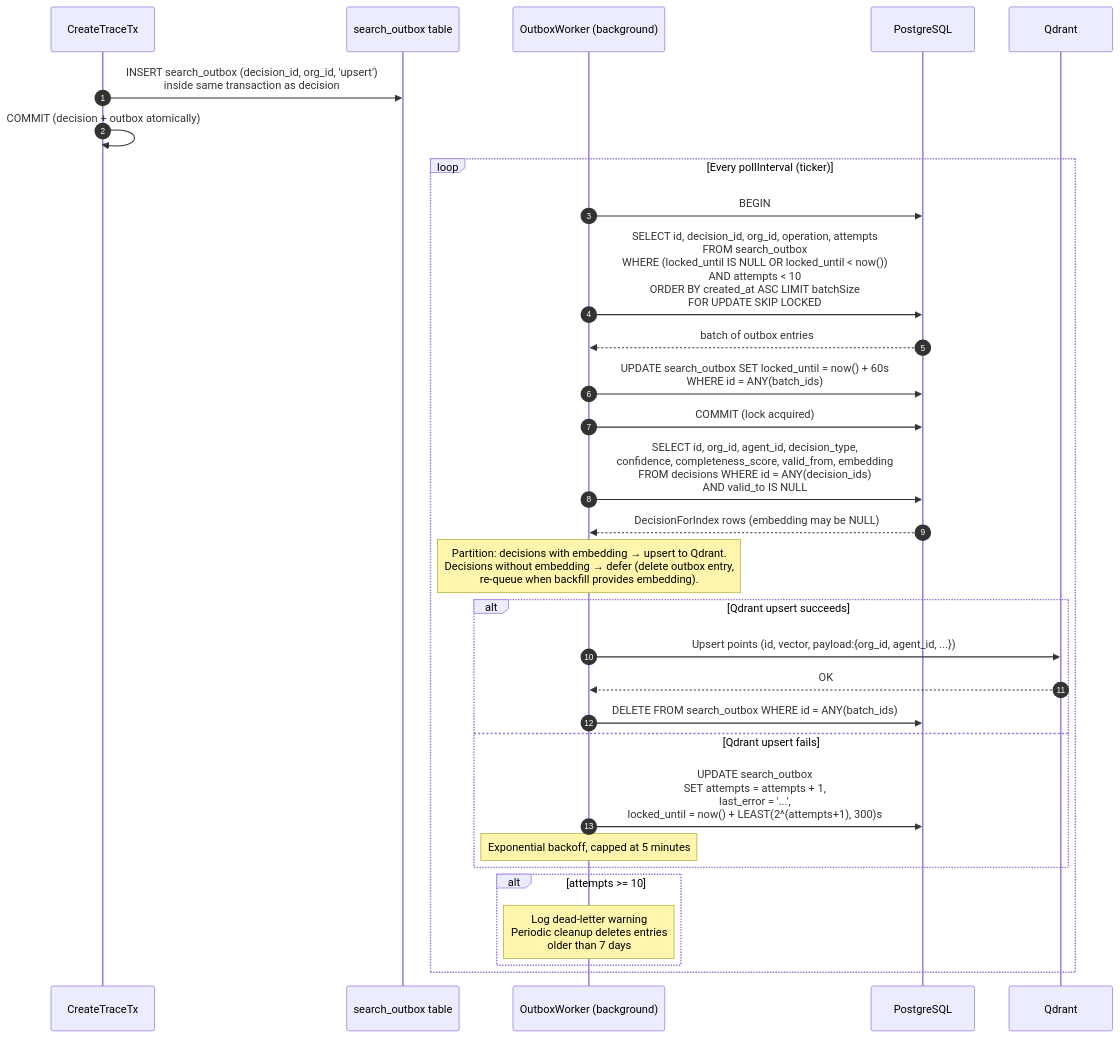
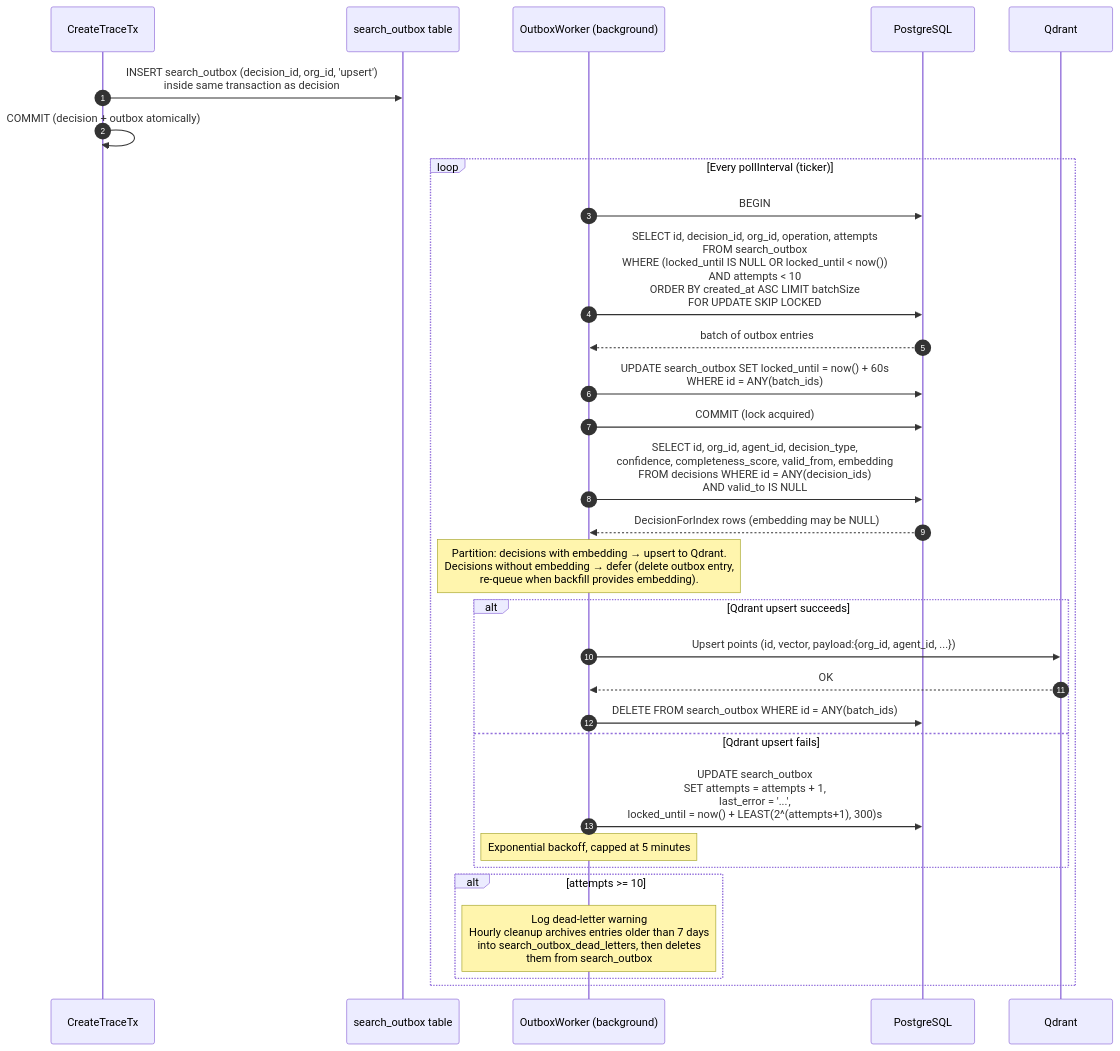
Before and after one commit to ashita-ai/akashi: the third of 6 diagrams in docs/diagrams.md, drawn with Mermaid. The commit also changed other lines of this file and 12 other files, not shown here.

````diff
--- a/docs/diagrams.md
+++ b/docs/diagrams.md
@@ -120,37 +147,37 @@
 ```mermaid
 sequenceDiagram
     autonumber
     participant TX as CreateTraceTx
     participant OB as search_outbox table
     participant W as OutboxWorker (background)
     participant PG as PostgreSQL
     participant QD as Qdrant
 
     TX->>OB: INSERT search_outbox (decision_id, org_id, 'upsert')<br/>inside same transaction as decision
     TX->>TX: COMMIT (decision + outbox atomically)
 
     loop Every pollInterval (ticker)
         W->>PG: BEGIN
         W->>PG: SELECT id, decision_id, org_id, operation, attempts<br/>FROM search_outbox<br/>WHERE (locked_until IS NULL OR locked_until < now())<br/>AND attempts < 10<br/>ORDER BY created_at ASC LIMIT batchSize<br/>FOR UPDATE SKIP LOCKED
         PG-->>W: batch of outbox entries
         W->>PG: UPDATE search_outbox SET locked_until = now() + 60s<br/>WHERE id = ANY(batch_ids)
         W->>PG: COMMIT (lock acquired)
 
         W->>PG: SELECT id, org_id, agent_id, decision_type,<br/>confidence, completeness_score, valid_from, embedding<br/>FROM decisions WHERE id = ANY(decision_ids)<br/>AND valid_to IS NULL
         PG-->>W: DecisionForIndex rows (embedding may be NULL)
         Note over W: Partition: decisions with embedding → upsert to Qdrant.<br/>Decisions without embedding → defer (delete outbox entry,<br/>re-queue when backfill provides embedding).
 
         alt Qdrant upsert succeeds
             W->>QD: Upsert points (id, vector, payload:{org_id, agent_id, ...})
             QD-->>W: OK
             W->>PG: DELETE FROM search_outbox WHERE id = ANY(batch_ids)
         else Qdrant upsert fails
             W->>PG: UPDATE search_outbox<br/>SET attempts = attempts + 1,<br/>last_error = '...',<br/>locked_until = now() + LEAST(2^(attempts+1), 300)s
             Note over W: Exponential backoff, capped at 5 minutes
         end
 
         alt attempts >= 10
-            Note over W: Log dead-letter warning<br/>Periodic cleanup deletes entries<br/>older than 7 days
+            Note over W: Log dead-letter warning<br/>Hourly cleanup archives entries older than 7 days<br/>into search_outbox_dead_letters, then deletes<br/>them from search_outbox
         end
     end
 ```
````
